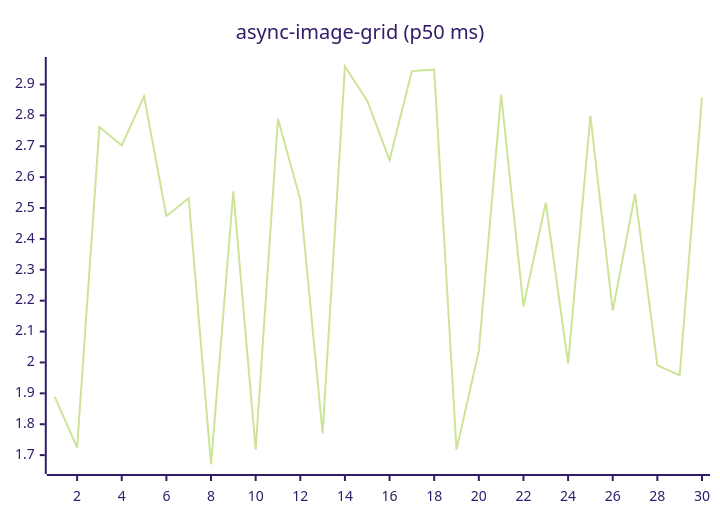
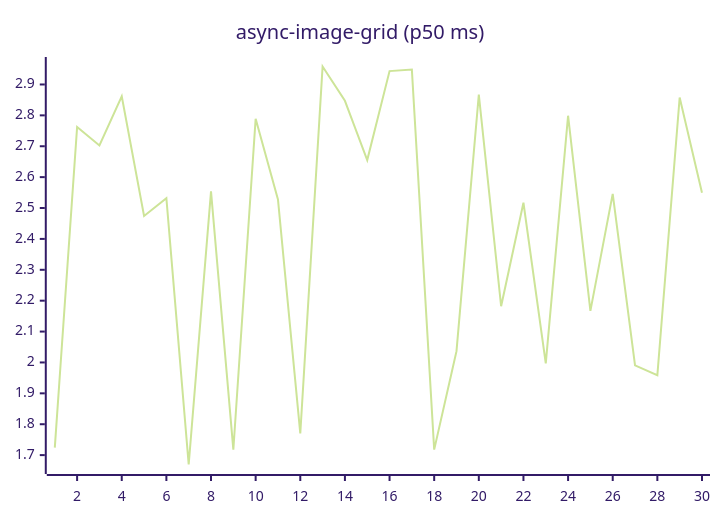
Before and after one commit to josha/Facet: the fifth of 27 diagrams in README.md, drawn with Mermaid (forest theme). The commit also changed other lines of this file and 2 other files, not shown here.

````diff
--- a/README.md
+++ b/README.md
@@ -91,6 +91,6 @@
 ```mermaid
 xychart-beta
     title "async-image-grid (p50 ms)"
     x-axis 1 --> 30
-    line [1.8884, 1.7244, 2.7624, 2.7026, 2.8617, 2.4742, 2.5316, 1.6696, 2.5539, 1.7175, 2.7892, 2.5277, 1.7701, 2.9582, 2.8471, 2.6552, 2.9433, 2.9481, 1.7177, 2.0365, 2.8674, 2.1819, 2.5171, 1.9970, 2.7988, 2.1671, 2.5459, 1.9906, 1.9586, 2.8577]
+    line [1.7244, 2.7624, 2.7026, 2.8617, 2.4742, 2.5316, 1.6696, 2.5539, 1.7175, 2.7892, 2.5277, 1.7701, 2.9582, 2.8471, 2.6552, 2.9433, 2.9481, 1.7177, 2.0365, 2.8674, 2.1819, 2.5171, 1.9970, 2.7988, 2.1671, 2.5459, 1.9906, 1.9586, 2.8577, 2.5497]
 ```
````
